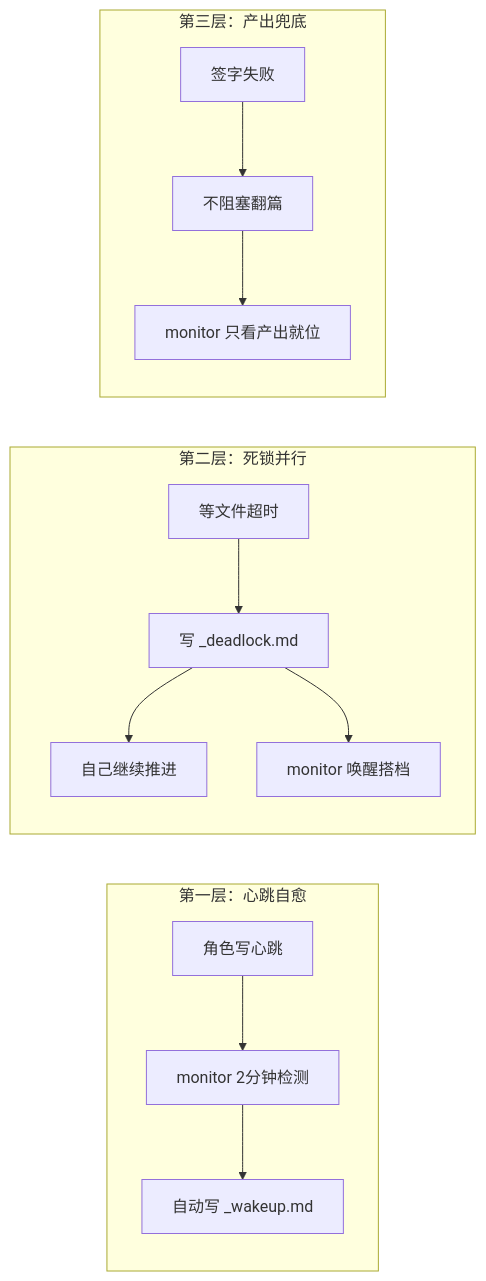
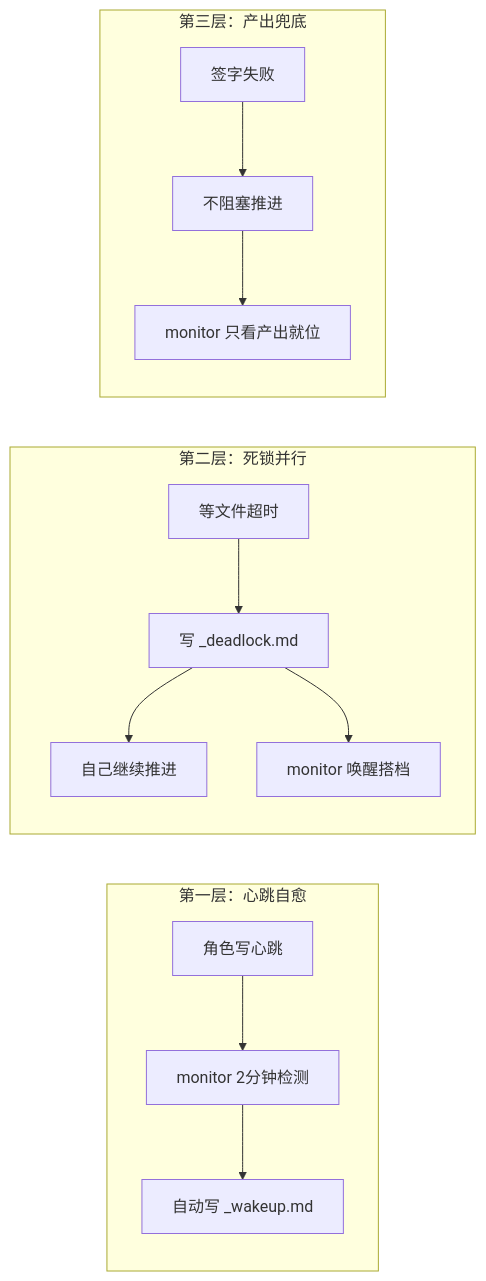
Before and after one commit to whereismymindM/Codex-Ninja: the tenth of 11 diagrams in 设计文档/初代-codex-ninja.md, drawn with Mermaid. The commit also changed other lines of this file and 25 other files, not shown here.

````diff
--- a/设计文档/初代-codex-ninja.md
+++ b/设计文档/初代-codex-ninja.md
@@ -300,13 +302,13 @@
 ```mermaid
 flowchart LR
     subgraph 第一层[第一层：心跳自愈]
         A1[角色写心跳] --> A2[monitor 2分钟检测] --> A3[自动写 _wakeup.md]
     end
     subgraph 第二层[第二层：死锁并行]
         B1[等文件超时] --> B2[写 _deadlock.md] --> B3[自己继续推进]
         B2 --> B4[monitor 唤醒搭档]
     end
     subgraph 第三层[第三层：产出兜底]
-        C1[签字失败] --> C2[不阻塞翻篇] --> C3[monitor 只看产出就位]
+        C1[签字失败] --> C2[不阻塞推进] --> C3[monitor 只看产出就位]
     end
 ```
````
